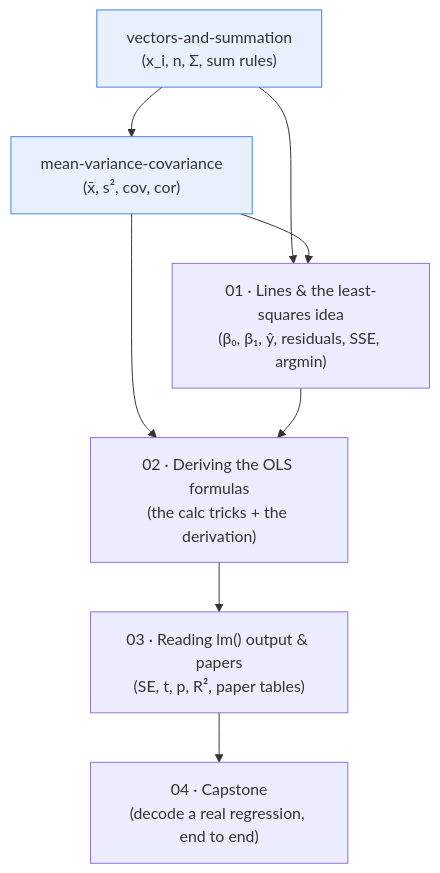
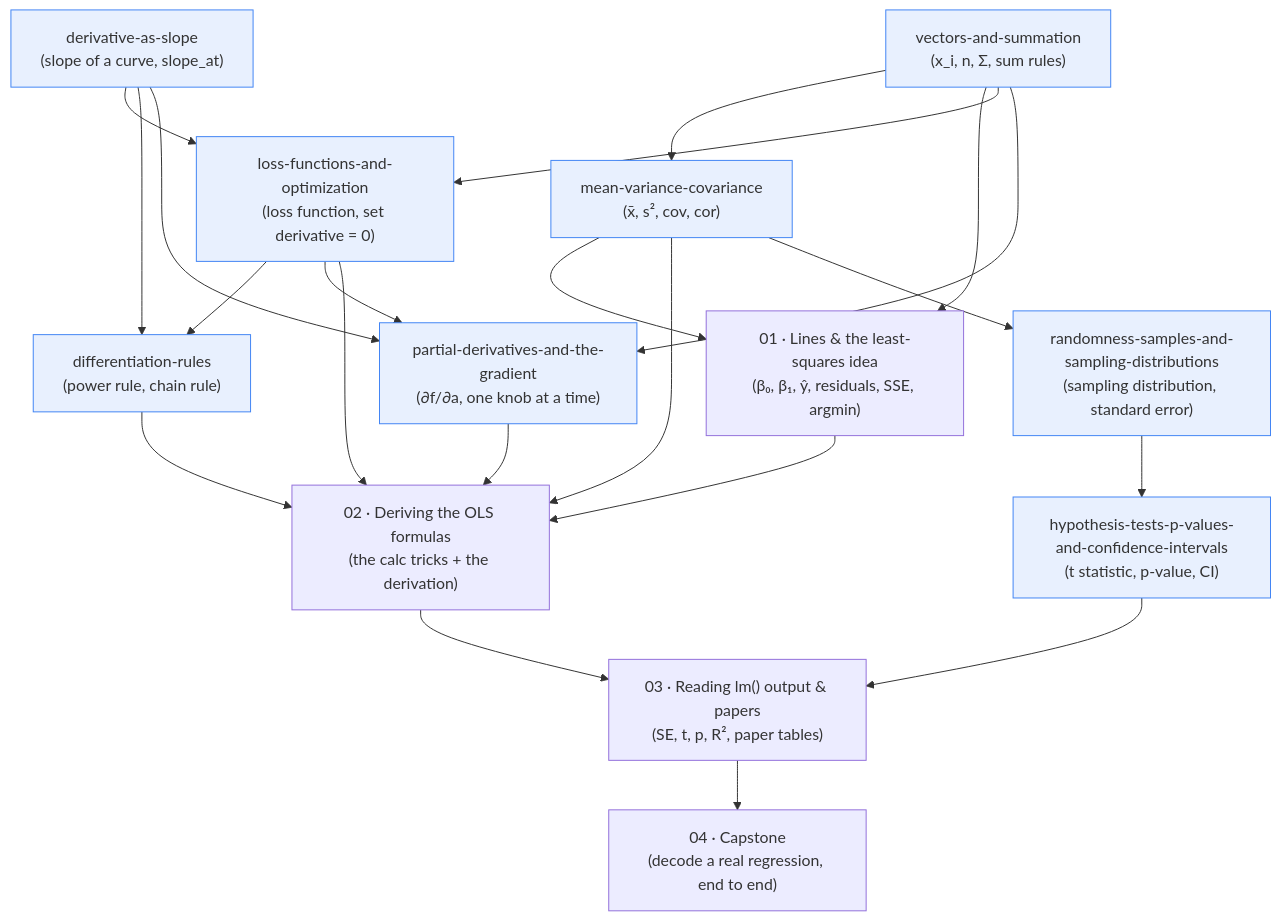
Before and after one commit to radlinsky/professor-claude: the diagram in courses/simple-linear-regression/00-roadmap.qmd, drawn with Mermaid. The commit also changed other lines of this file and 153 other files, not shown here.

````diff
--- a/courses/simple-linear-regression/00-roadmap.qmd
+++ b/courses/simple-linear-regression/00-roadmap.qmd
@@ -13,19 +13,38 @@
 ```{mermaid}
 flowchart TD
     classDef foundation fill:#e8f0fe,stroke:#4285f4
 
     F1["vectors-and-summation<br/>(x_i, n, Σ, sum rules)"]:::foundation
     F2["mean-variance-covariance<br/>(x̄, s², cov, cor)"]:::foundation
+    F3["derivative-as-slope<br/>(slope of a curve, slope_at)"]:::foundation
+    F4["loss-functions-and-optimization<br/>(loss function, set derivative = 0)"]:::foundation
+    F5["differentiation-rules<br/>(power rule, chain rule)"]:::foundation
+    F6["partial-derivatives-and-the-gradient<br/>(∂f/∂a, one knob at a time)"]:::foundation
+    F7["randomness-samples-and-sampling-distributions<br/>(sampling distribution, standard error)"]:::foundation
+    F8["hypothesis-tests-p-values-and-confidence-intervals<br/>(t statistic, p-value, CI)"]:::foundation
     M1["01 · Lines & the least-squares idea<br/>(β₀, β₁, ŷ, residuals, SSE, argmin)"]
     M2["02 · Deriving the OLS formulas<br/>(the calc tricks + the derivation)"]
     M3["03 · Reading lm() output & papers<br/>(SE, t, p, R², paper tables)"]
     M4["04 · Capstone<br/>(decode a real regression, end to end)"]
 
     F1 --> F2
     F1 --> M1
     F2 --> M1
+    F3 --> F4
+    F1 --> F4
+    F4 --> F5
+    F3 --> F5
+    F3 --> F6
+    F1 --> F6
+    F4 --> F6
     F2 --> M2
+    F5 --> M2
+    F6 --> M2
+    F4 --> M2
     M1 --> M2
+    F2 --> F7
+    F7 --> F8
+    F8 --> M3
     M2 --> M3
     M3 --> M4
 ```
````
